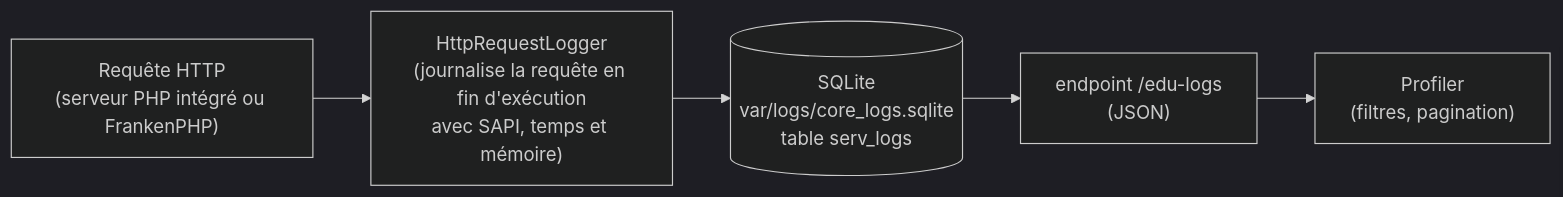
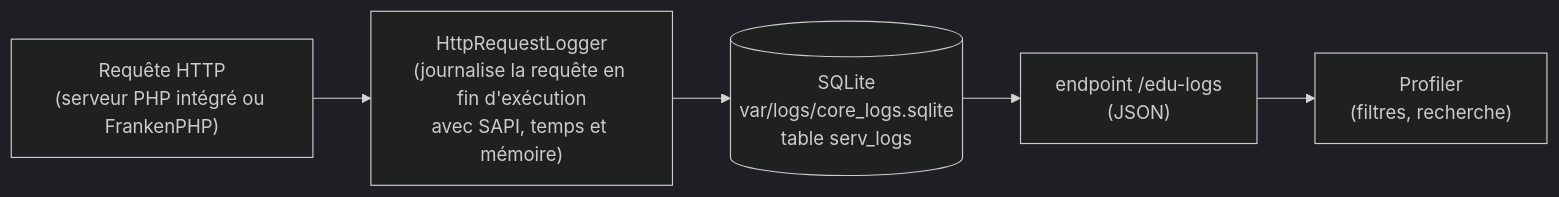
The diagram in docs/boost/debug-bar.md (studoo-app/edu-framework), drawn with Mermaid (dark theme) before and after one commit. The commit also changed other lines of this file and 10 other files, not shown here.

````diff
--- a/docs/boost/debug-bar.md
+++ b/docs/boost/debug-bar.md
@@ -161,7 +162,7 @@
 ```mermaid
 flowchart LR
     S["Requête HTTP<br/>(serveur PHP intégré ou FrankenPHP)"] --> HR["HttpRequestLogger<br/>(journalise la requête en fin d'exécution<br/>avec SAPI, temps et mémoire)"]
     HR --> DB[("SQLite<br/>var/logs/core_logs.sqlite<br/>table serv_logs")]
     DB --> API["endpoint /edu-logs<br/>(JSON)"]
-    API --> P["Profiler<br/>(filtres, pagination)"]
+    API --> P["Profiler<br/>(filtres, recherche)"]
 ```
````
